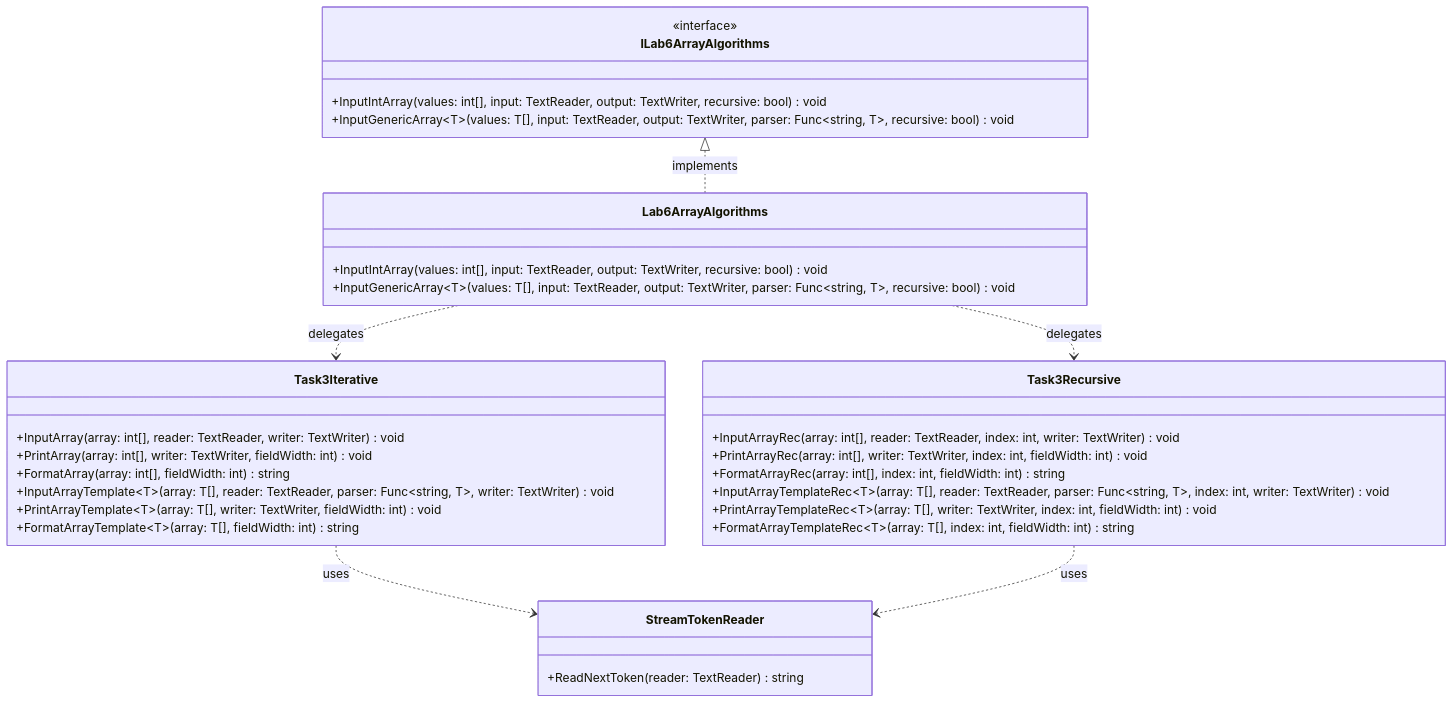
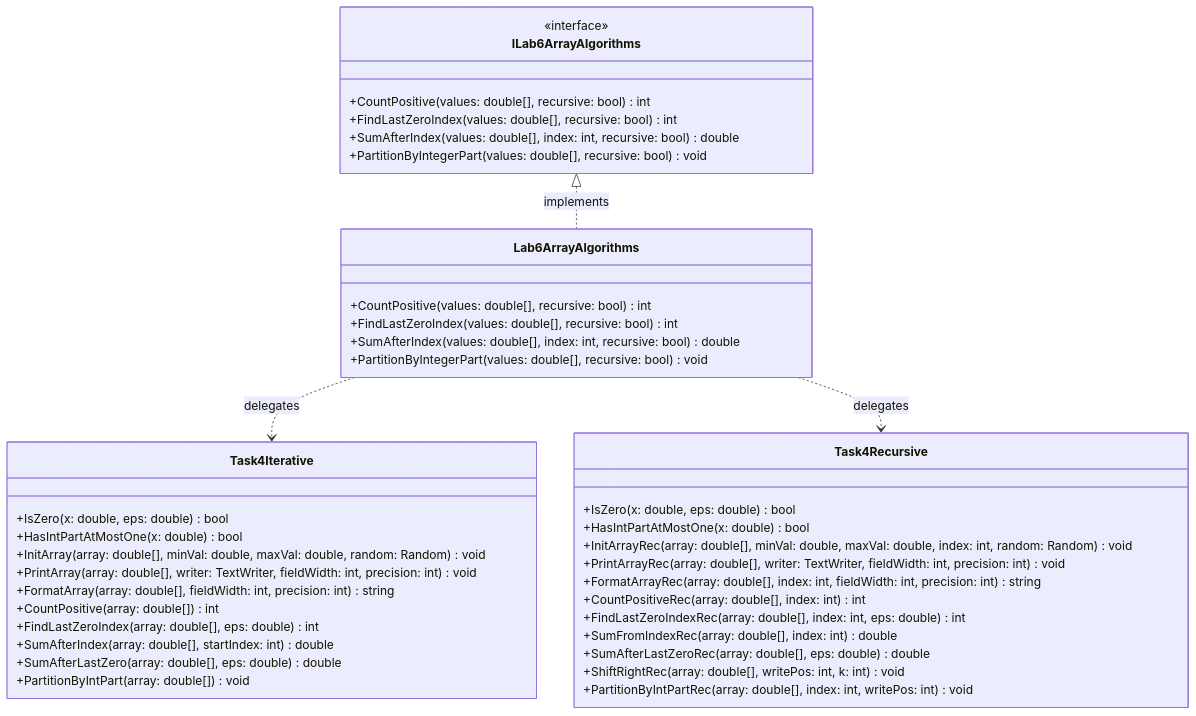
One commit to lviv-polytech/alg-cs-labs changed the third of 3 diagrams in Lb6/README.md. Above: the diagram before and after it, drawn with Mermaid. The commit also changed other lines of this file and 4 other files, not shown here.

Commit message:
feat(lab-06): implement task 6.4 dynamic array analysis and stable partition

````diff
--- a/Lb6/README.md
+++ b/Lb6/README.md
@@ -106,41 +102,48 @@
 ```mermaid
 classDiagram
-    class StreamTokenReader {
-        +ReadNextToken(reader: TextReader) string
+    class Task4Iterative {
+        +IsZero(x: double, eps: double) bool
+        +HasIntPartAtMostOne(x: double) bool
+        +InitArray(array: double[], minVal: double, maxVal: double, random: Random) void
+        +PrintArray(array: double[], writer: TextWriter, fieldWidth: int, precision: int) void
+        +FormatArray(array: double[], fieldWidth: int, precision: int) string
+        +CountPositive(array: double[]) int
+        +FindLastZeroIndex(array: double[], eps: double) int
+        +SumAfterIndex(array: double[], startIndex: int) double
+        +SumAfterLastZero(array: double[], eps: double) double
+        +PartitionByIntPart(array: double[]) void
     }
 
-    class Task3Iterative {
-        +InputArray(array: int[], reader: TextReader, writer: TextWriter) void
-        +PrintArray(array: int[], writer: TextWriter, fieldWidth: int) void
-        +FormatArray(array: int[], fieldWidth: int) string
-        +InputArrayTemplate~T~(array: T[], reader: TextReader, parser: Func~string, T~, writer: TextWriter) void
-        +PrintArrayTemplate~T~(array: T[], writer: TextWriter, fieldWidth: int) void
-        +FormatArrayTemplate~T~(array: T[], fieldWidth: int) string
-    }
-
-    class Task3Recursive {
-        +InputArrayRec(array: int[], reader: TextReader, index: int, writer: TextWriter) void
-        +PrintArrayRec(array: int[], writer: TextWriter, index: int, fieldWidth: int) void
-        +FormatArrayRec(array: int[], index: int, fieldWidth: int) string
-        +InputArrayTemplateRec~T~(array: T[], reader: TextReader, parser: Func~string, T~, index: int, writer: TextWriter) void
-        +PrintArrayTemplateRec~T~(array: T[], writer: TextWriter, index: int, fieldWidth: int) void
-        +FormatArrayTemplateRec~T~(array: T[], index: int, fieldWidth: int) string
+    class Task4Recursive {
+        +IsZero(x: double, eps: double) bool
+        +HasIntPartAtMostOne(x: double) bool
+        +InitArrayRec(array: double[], minVal: double, maxVal: double, index: int, random: Random) void
+        +PrintArrayRec(array: double[], writer: TextWriter, fieldWidth: int, precision: int) void
+        +FormatArrayRec(array: double[], index: int, fieldWidth: int, precision: int) string
+        +CountPositiveRec(array: double[], index: int) int
+        +FindLastZeroIndexRec(array: double[], index: int, eps: double) int
+        +SumFromIndexRec(array: double[], index: int) double
+        +SumAfterLastZeroRec(array: double[], eps: double) double
+        +ShiftRightRec(array: double[], writePos: int, k: int) void
+        +PartitionByIntPartRec(array: double[], index: int, writePos: int) void
     }
 
     class ILab6ArrayAlgorithms {
         <<interface>>
-        +InputIntArray(values: int[], input: TextReader, output: TextWriter, recursive: bool) void
-        +InputGenericArray~T~(values: T[], input: TextReader, output: TextWriter, parser: Func~string, T~, recursive: bool) void
+        +CountPositive(values: double[], recursive: bool) int
+        +FindLastZeroIndex(values: double[], recursive: bool) int
+        +SumAfterIndex(values: double[], index: int, recursive: bool) double
+        +PartitionByIntegerPart(values: double[], recursive: bool) void
     }
 
     class Lab6ArrayAlgorithms {
-        +InputIntArray(values: int[], input: TextReader, output: TextWriter, recursive: bool) void
-        +InputGenericArray~T~(values: T[], input: TextReader, output: TextWriter, parser: Func~string, T~, recursive: bool) void
+        +CountPositive(values: double[], recursive: bool) int
+        +FindLastZeroIndex(values: double[], recursive: bool) int
+        +SumAfterIndex(values: double[], index: int, recursive: bool) double
+        +PartitionByIntegerPart(values: double[], recursive: bool) void
     }
 
     ILab6ArrayAlgorithms <|.. Lab6ArrayAlgorithms : implements
-    Lab6ArrayAlgorithms ..> Task3Iterative : delegates
-    Lab6ArrayAlgorithms ..> Task3Recursive : delegates
-    Task3Iterative ..> StreamTokenReader : uses
-    Task3Recursive ..> StreamTokenReader : uses
+    Lab6ArrayAlgorithms ..> Task4Iterative : delegates
+    Lab6ArrayAlgorithms ..> Task4Recursive : delegates
 ```
````
